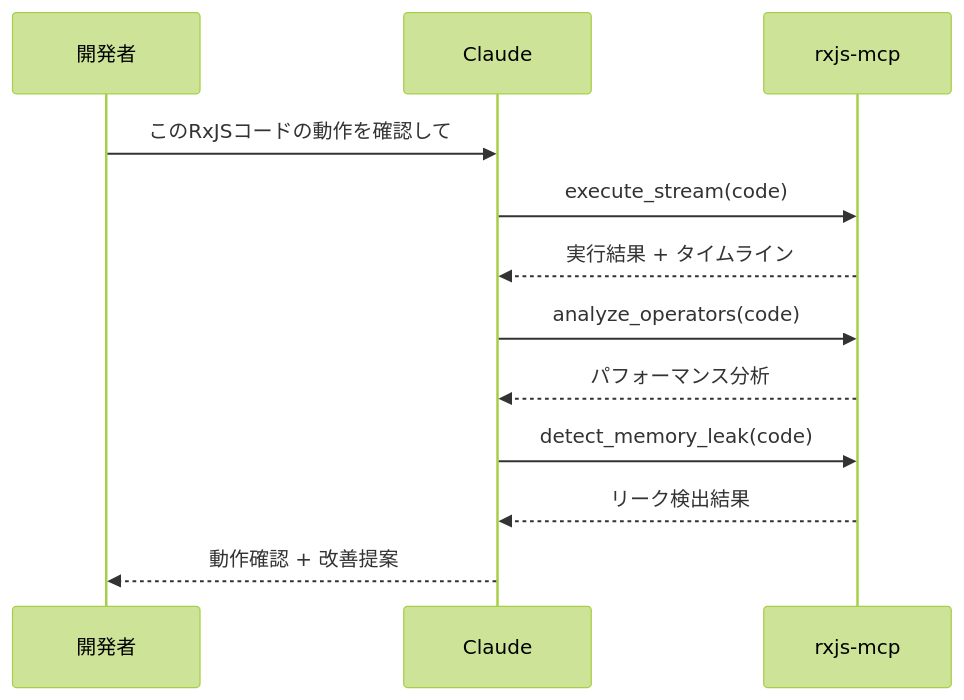
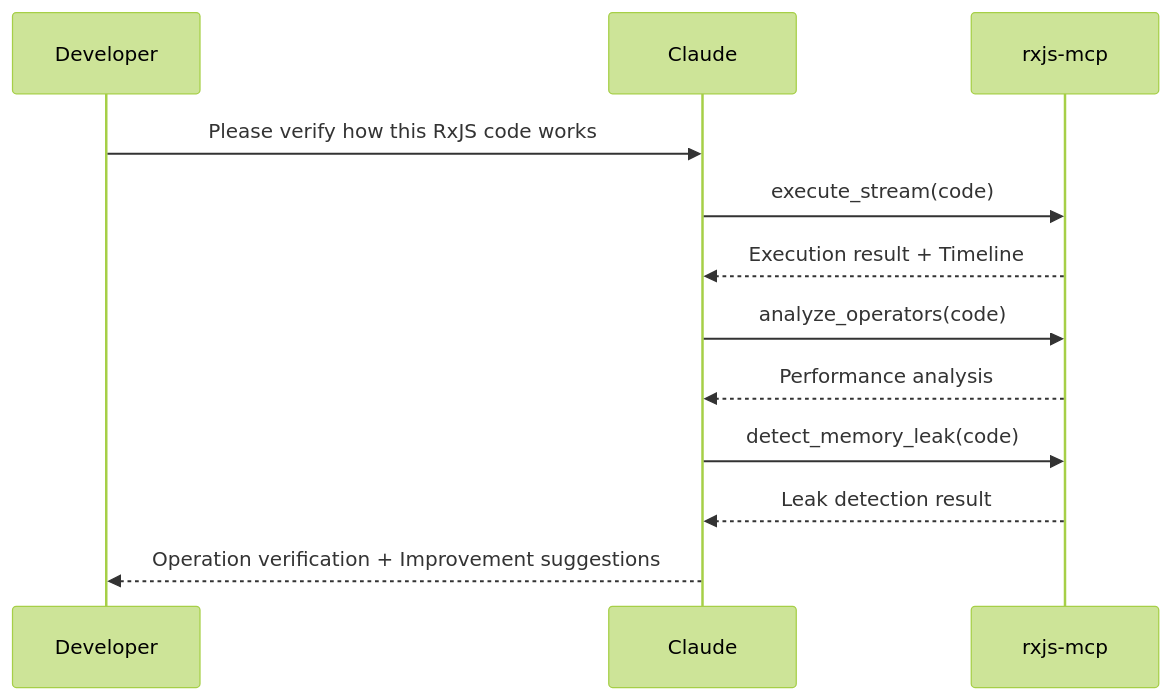
Before and after one commit to shuji-bonji/ai-agent-architecture: the third of 5 diagrams in docs/workflows/development-phases.md, drawn with Mermaid (forest theme). The commit also changed other lines of this file and 42 other files, not shown here.

````diff
--- a/docs/workflows/development-phases.md
+++ b/docs/workflows/development-phases.md
@@ -134,15 +136,15 @@
 ```mermaid
 sequenceDiagram
-    participant Dev as 開発者
+    participant Dev as Developer
     participant Claude as Claude
     participant RxJS as rxjs-mcp
 
-    Dev->>Claude: このRxJSコードの動作を確認して
+    Dev->>Claude: Please verify how this RxJS code works
     Claude->>RxJS: execute_stream(code)
-    RxJS-->>Claude: 実行結果 + タイムライン
+    RxJS-->>Claude: Execution result + Timeline
     Claude->>RxJS: analyze_operators(code)
-    RxJS-->>Claude: パフォーマンス分析
+    RxJS-->>Claude: Performance analysis
     Claude->>RxJS: detect_memory_leak(code)
-    RxJS-->>Claude: リーク検出結果
-    Claude-->>Dev: 動作確認 + 改善提案
+    RxJS-->>Claude: Leak detection result
+    Claude-->>Dev: Operation verification + Improvement suggestions
 ```
````
